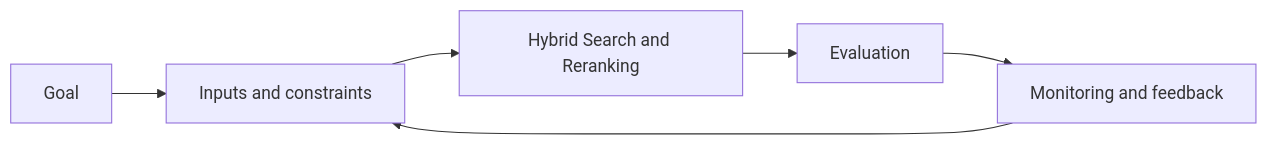
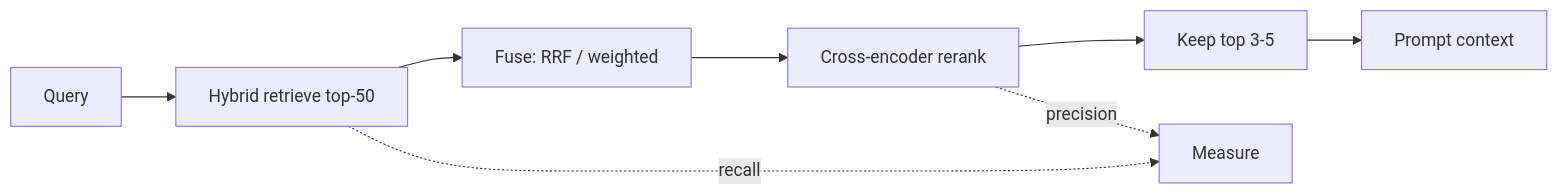
Before and after one commit to Icon1cc/Machine-Learning: the diagram in rag/07-hybrid-search-and-reranking.md, drawn with Mermaid. The commit also changed other lines of this file and 118 other files, not shown here.

````diff
--- a/rag/07-hybrid-search-and-reranking.md
+++ b/rag/07-hybrid-search-and-reranking.md
@@ -93,8 +71,10 @@
 ```mermaid
 flowchart LR
-    A[Goal] --> B[Inputs and constraints]
-    B --> C[Hybrid Search and Reranking]
-    C --> D[Evaluation]
-    D --> E[Monitoring and feedback]
-    E --> B
+    A[Query] --> B[Hybrid retrieve top-50]
+    B --> C[Fuse: RRF / weighted]
+    C --> D[Cross-encoder rerank]
+    D --> E[Keep top 3-5]
+    E --> F[Prompt context]
+    B -. recall .-> G[Measure]
+    D -. precision .-> G
 ```
````
